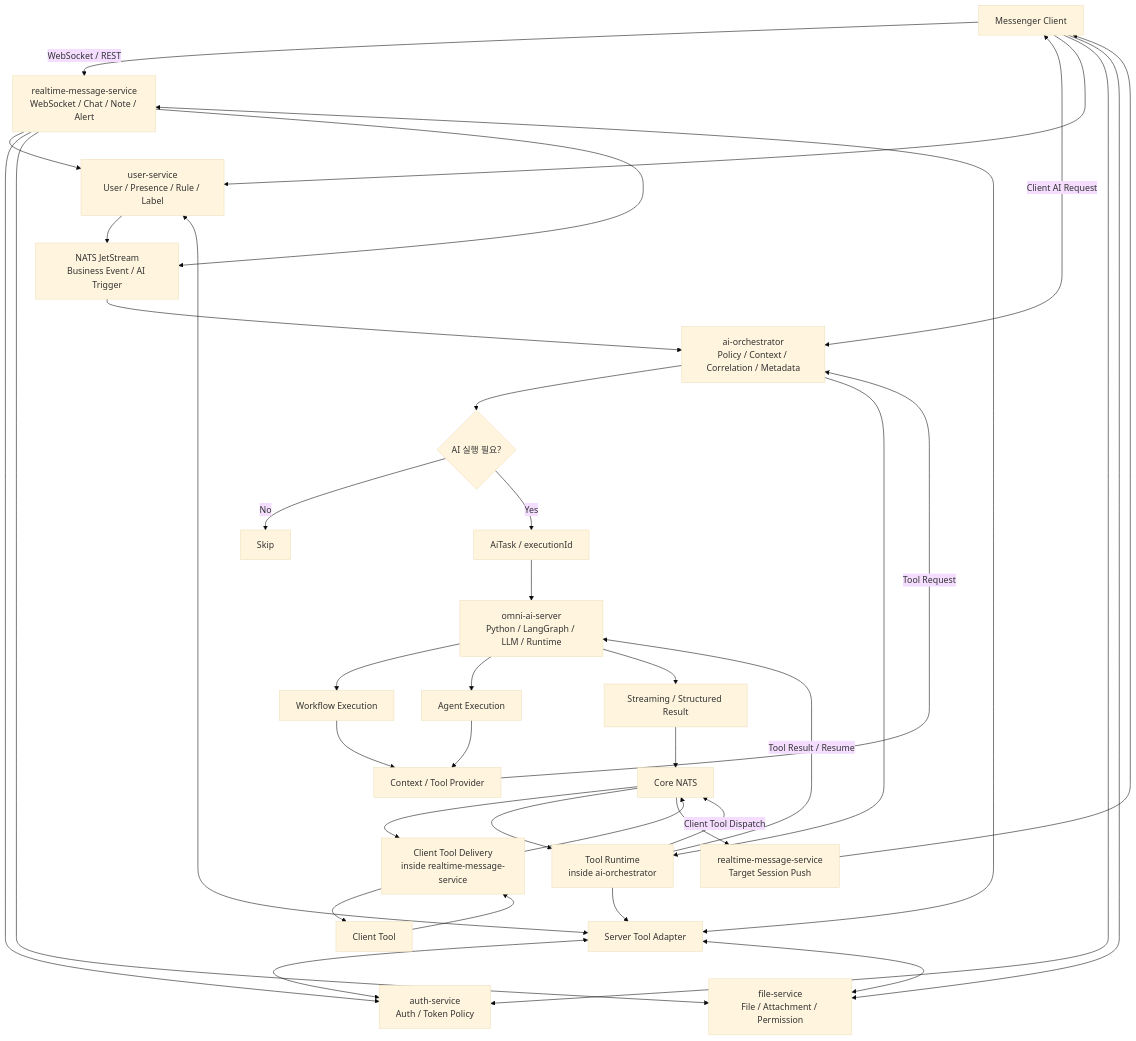
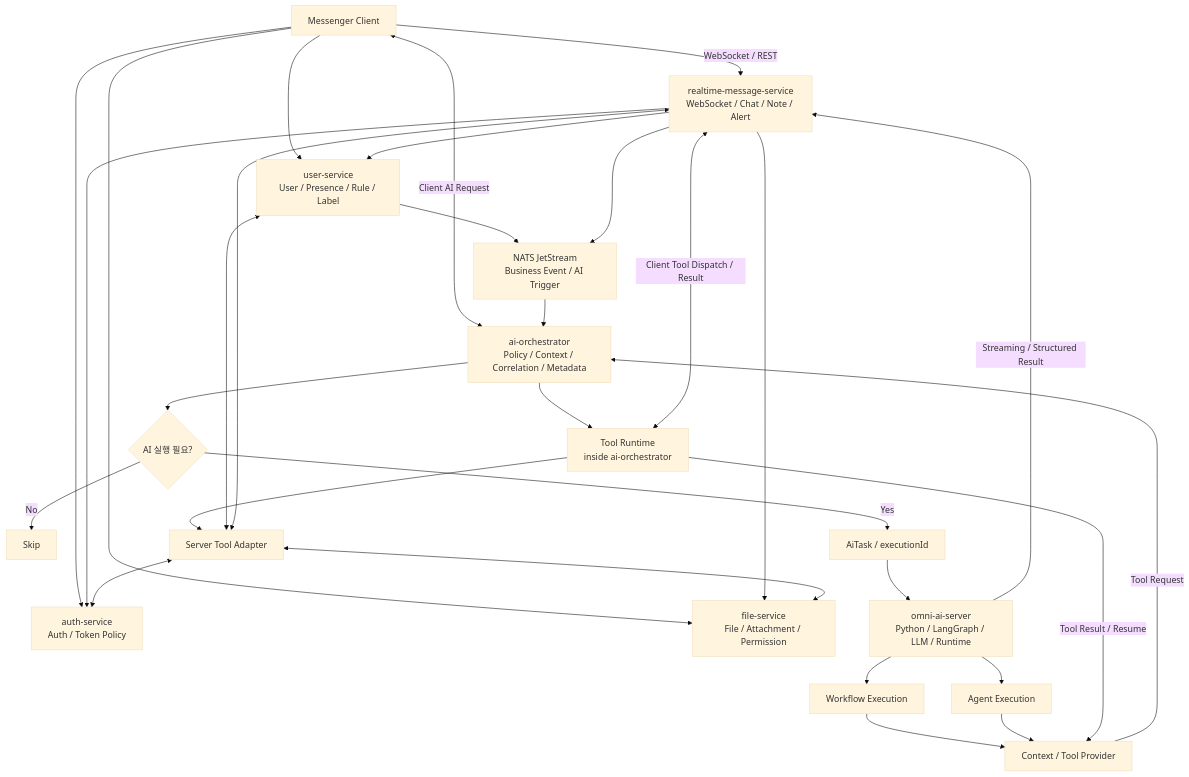
One commit to kipo3195/omni-ai-architecture changed the diagram in docs/architecture.md. Above: the diagram before and after it, drawn with Mermaid (base theme). The commit also changed 1 other file, not shown here.

Commit message:
docs: architecture 다이어그램 수정

````diff
--- a/docs/architecture.md
+++ b/docs/architecture.md
@@ -21,45 +21,37 @@
 ```mermaid
 flowchart TD
     A[Messenger Client] -->|WebSocket / REST| B[realtime-message-service<br/>WebSocket / Chat / Note / Alert]
     A <-->|Client AI Request| G[ai-orchestrator<br/>Policy / Context / Correlation / Metadata]
     A --> C[user-service<br/>User / Presence / Rule / Label]
     A --> D[auth-service<br/>Auth / Token Policy]
     A --> E[file-service<br/>File / Attachment / Permission]
 
     B --> C[user-service<br/>User / Presence / Rule / Label]
     B --> D[auth-service<br/>Auth / Token Policy]
     B --> E[file-service<br/>File / Attachment / Permission]
 
     C --> F[NATS JetStream<br/>Business Event / AI Trigger]
     B --> F
     F --> G
 
     G --> H{AI 실행 필요?}
     H -- No --> I[Skip]
     H -- Yes --> J[AiTask / executionId]
     J --> K[omni-ai-server<br/>Python / LangGraph / LLM / Runtime]
 
     K --> L[Workflow Execution]
     K --> M[Agent Execution]
     L --> N[Context / Tool Provider]
     M --> N
     N -->|Tool Request| G
     G --> O[Tool Runtime<br/>inside ai-orchestrator]
     O --> V[Server Tool Adapter]
     V <--> C
     V <--> D
     V <--> E
     V <--> B
-    O -->|Client Tool Dispatch| T[Core NATS]
-    T --> Q[Client Tool Delivery<br/>inside realtime-message-service]
-    Q --> R[Client Tool]
-    R --> Q
-    Q --> T
-    T --> O
-    O -->|Tool Result / Resume| K
+    O <-->|Client Tool Dispatch / Result| B
+    O -->|Tool Result / Resume| N
 
-    K --> S[Streaming / Structured Result]
-    S --> T
-    T --> U[realtime-message-service<br/>Target Session Push]
-    U --> A
+    K -->|Streaming / Structured Result| B
 ```
````
